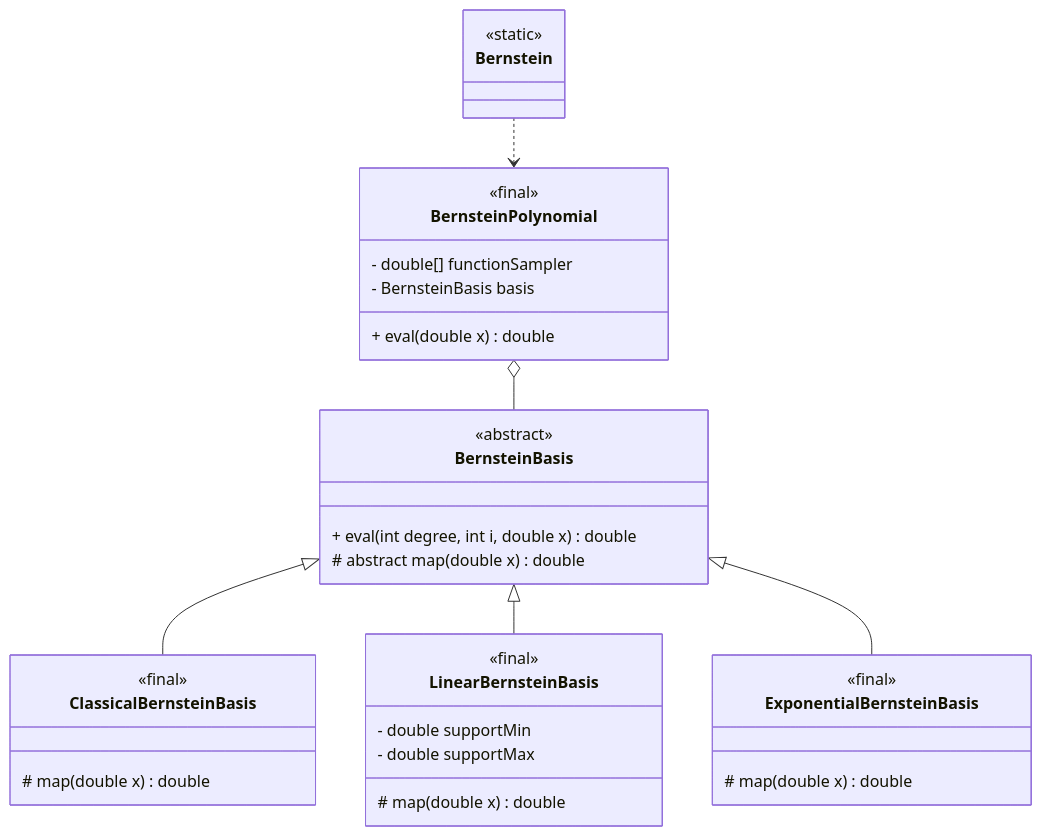
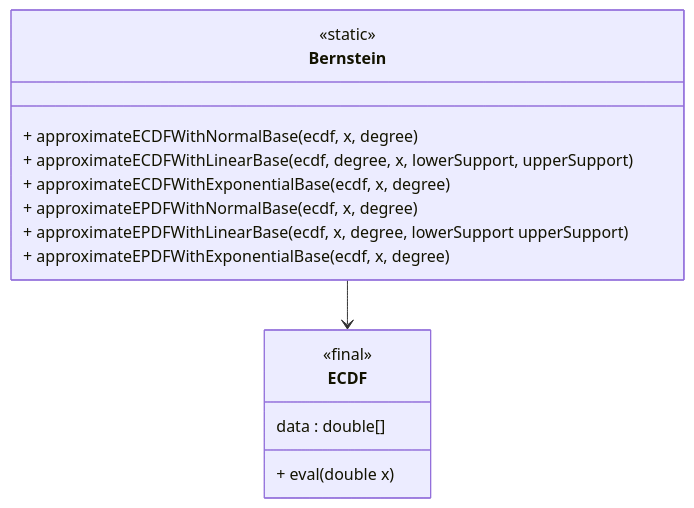
Before and after one commit to edoardosarri24/probabilistic-soft-real-time-analysis: the diagram in report/images/2-bernstein/class_diagram.mmd, drawn with Mermaid. The commit also changed 15 other files, not shown here.

```diff
--- a/report/images/2-bernstein/class_diagram.mmd
+++ b/report/images/2-bernstein/class_diagram.mmd
@@ -1,44 +1,21 @@
-
 classDiagram
 
+    %% Approximation
     class Bernstein {
         <<static>>
+        + approximateECDFWithNormalBase(ecdf, x, degree)
+        + approximateECDFWithLinearBase(ecdf, degree, x, lowerSupport, upperSupport)
+        + approximateECDFWithExponentialBase(ecdf, x, degree)
+        + approximateEPDFWithNormalBase(ecdf, x, degree)
+        + approximateEPDFWithLinearBase(ecdf, x, degree, lowerSupport upperSupport)
+        + approximateEPDFWithExponentialBase(ecdf, x, degree)
     }
 
-    %% Domain classes
-    class BernsteinPolynomial {
+    class ECDF {
         <<final>>
-        - double[] functionSampler
-        - BernsteinBasis basis
-        + eval(double x) double
-    }
-
-    class BernsteinBasis {
-        <<abstract>>
-        + eval(int degree, int i, double x) double
-        # abstract map(double x) double
-    }
-
-    class ClassicalBernsteinBasis {
-        <<final>>
-        # map(double x) double
-    }
-
-    class LinearBernsteinBasis {
-        <<final>>
-        - double supportMin
-        - double supportMax
-        # map(double x) double
-    }
-
-    class ExponentialBernsteinBasis {
-        <<final>>
-        # map(double x) double
+        data : double[]
+        + eval(double x)
     }
 
     %% Relations
-    BernsteinPolynomial o-- BernsteinBasis
-    BernsteinBasis <|-- ClassicalBernsteinBasis
-    BernsteinBasis <|-- LinearBernsteinBasis
-    BernsteinBasis <|-- ExponentialBernsteinBasis
-    Bernstein ..> BernsteinPolynomial
+    Bernstein --> ECDF
```
